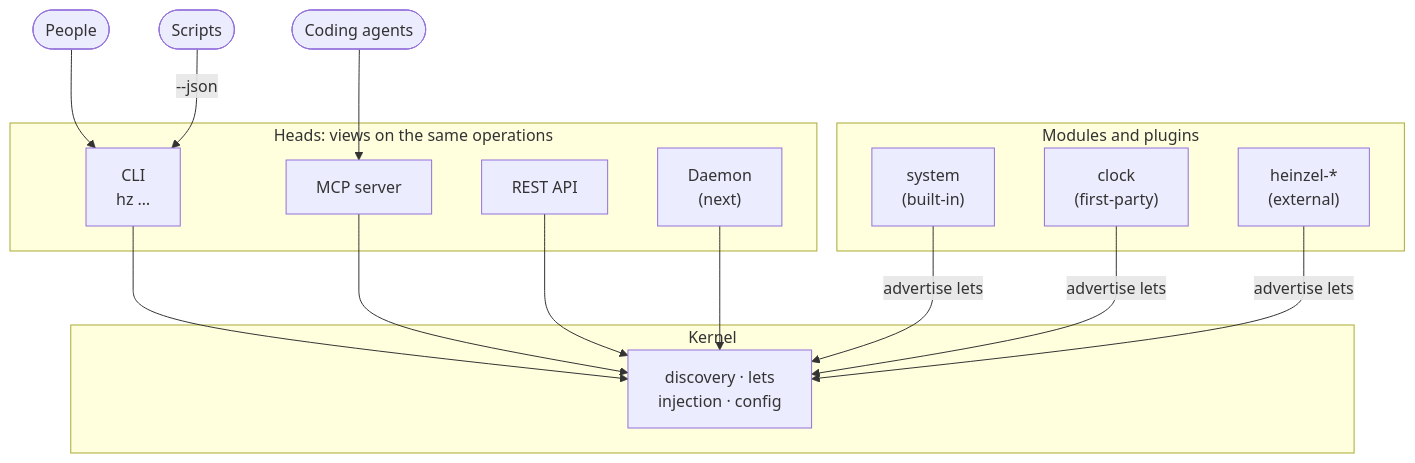
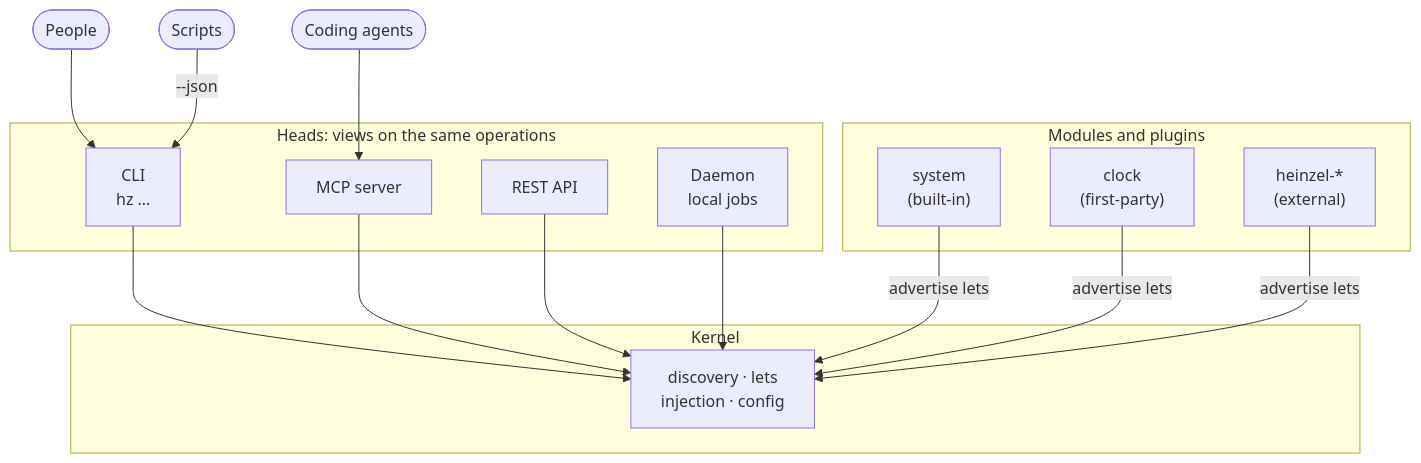
One commit to helmut-hoffer-von-ankershoffen/heinzel changed the diagram in README.md. Above: the diagram before and after it, drawn with Mermaid. The commit also changed other lines of this file and 32 other files, not shown here.

````diff
--- a/README.md
+++ b/README.md
@@ -86,22 +86,22 @@
 ```mermaid
 flowchart TB
     People(["People"]) --> CLI
     Scripts(["Scripts"]) -- "--json" --> CLI
     Agents(["Coding agents"]) --> MCP
     subgraph Heads["Heads: views on the same operations"]
         CLI["CLI<br/>hz …"]
         MCP["MCP server"]
         REST["REST API"]
-        Daemon["Daemon<br/>(next)"]
+        Daemon["Daemon<br/>local jobs"]
     end
     subgraph Kernel["Kernel"]
         Core["discovery · lets<br/>injection · config"]
     end
     subgraph Modules["Modules and plugins"]
         System["system<br/>(built-in)"]
         Clock["clock<br/>(first-party)"]
         Ext["heinzel-*<br/>(external)"]
     end
     CLI & MCP & REST & Daemon --> Core
     System & Clock & Ext -- "advertise lets" --> Core
 ```
````
